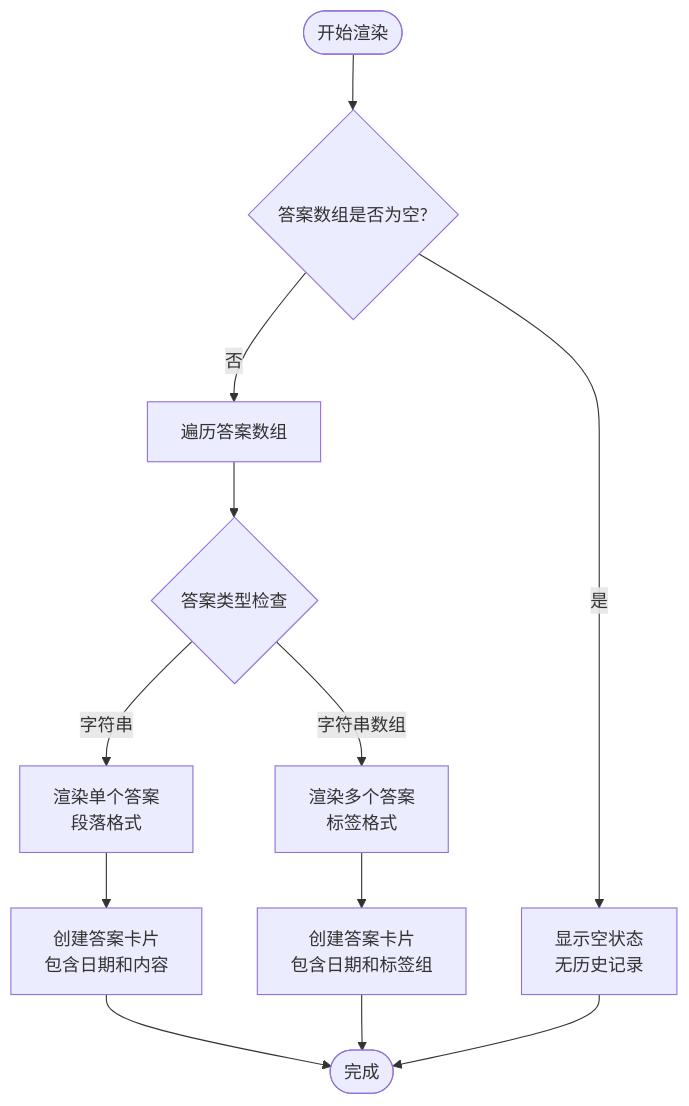
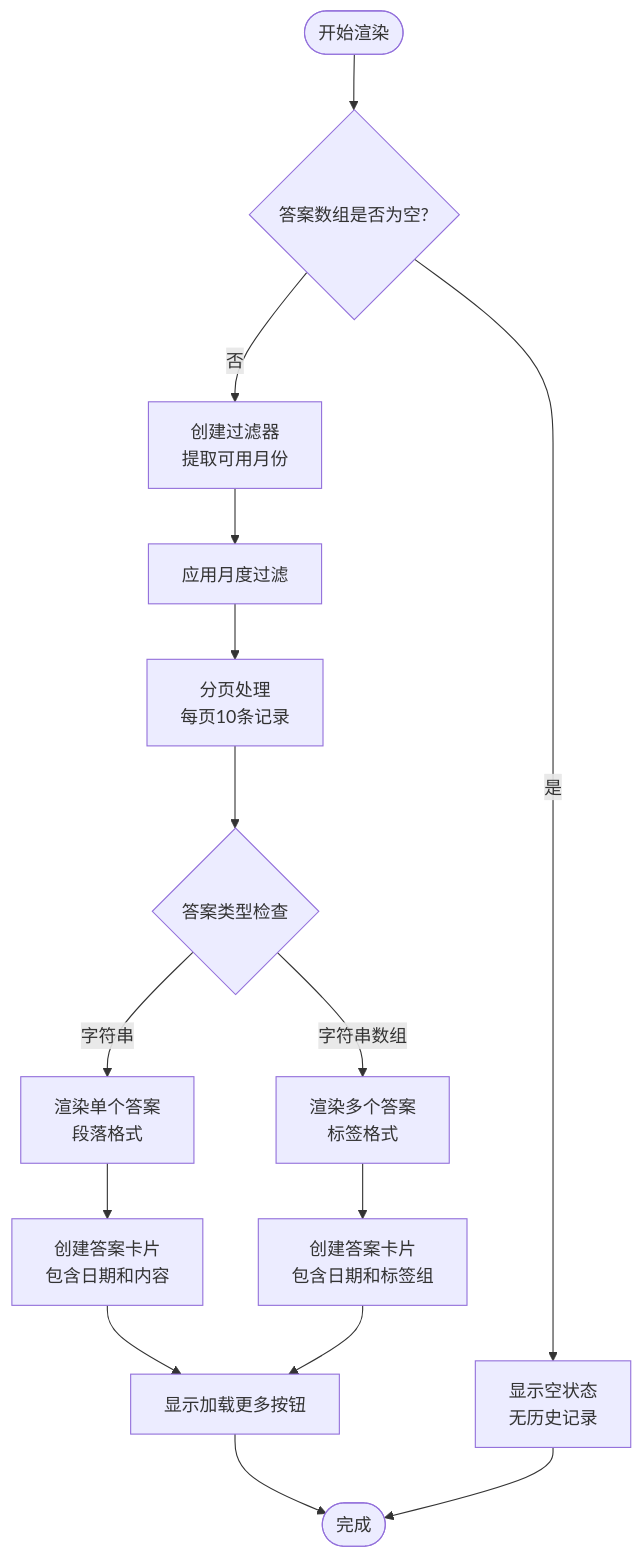
One commit to billychou/linkedin-answer changed the fourth of 13 diagrams in .qoder/repowiki/zh/content/核心功能模块/游戏组件系统/ArchivesList 历史记录列表组件.md. Above: the diagram before and after it, drawn with Mermaid. The commit also changed other lines of this file and 10 other files, not shown here.

````diff
--- a/.qoder/repowiki/zh/content/核心功能模块/游戏组件系统/ArchivesList 历史记录列表组件.md
+++ b/.qoder/repowiki/zh/content/核心功能模块/游戏组件系统/ArchivesList 历史记录列表组件.md
@@ -160,14 +165,17 @@
 ```mermaid
 flowchart TD
 Start([开始渲染]) --> CheckEmpty{"答案数组是否为空?"}
 CheckEmpty --> |是| EmptyState["显示空状态<br/>无历史记录"]
-CheckEmpty --> |否| MapAnswers["遍历答案数组"]
-MapAnswers --> CheckType{"答案类型检查"}
+CheckEmpty --> |否| CreateFilters["创建过滤器<br/>提取可用月份"]
+CreateFilters --> ApplyFilter["应用月度过滤"]
+ApplyFilter --> Paginate["分页处理<br/>每页10条记录"]
+Paginate --> CheckType{"答案类型检查"}
 CheckType --> |字符串| SingleAnswer["渲染单个答案<br/>段落格式"]
 CheckType --> |字符串数组| MultiAnswer["渲染多个答案<br/>标签格式"]
 SingleAnswer --> RenderSingle["创建答案卡片<br/>包含日期和内容"]
 MultiAnswer --> RenderMulti["创建答案卡片<br/>包含日期和标签组"]
-RenderSingle --> End([完成])
-RenderMulti --> End
+RenderSingle --> ShowMore["显示加载更多按钮"]
+RenderMulti --> ShowMore
+ShowMore --> End([完成])
 EmptyState --> End
 ```
````
